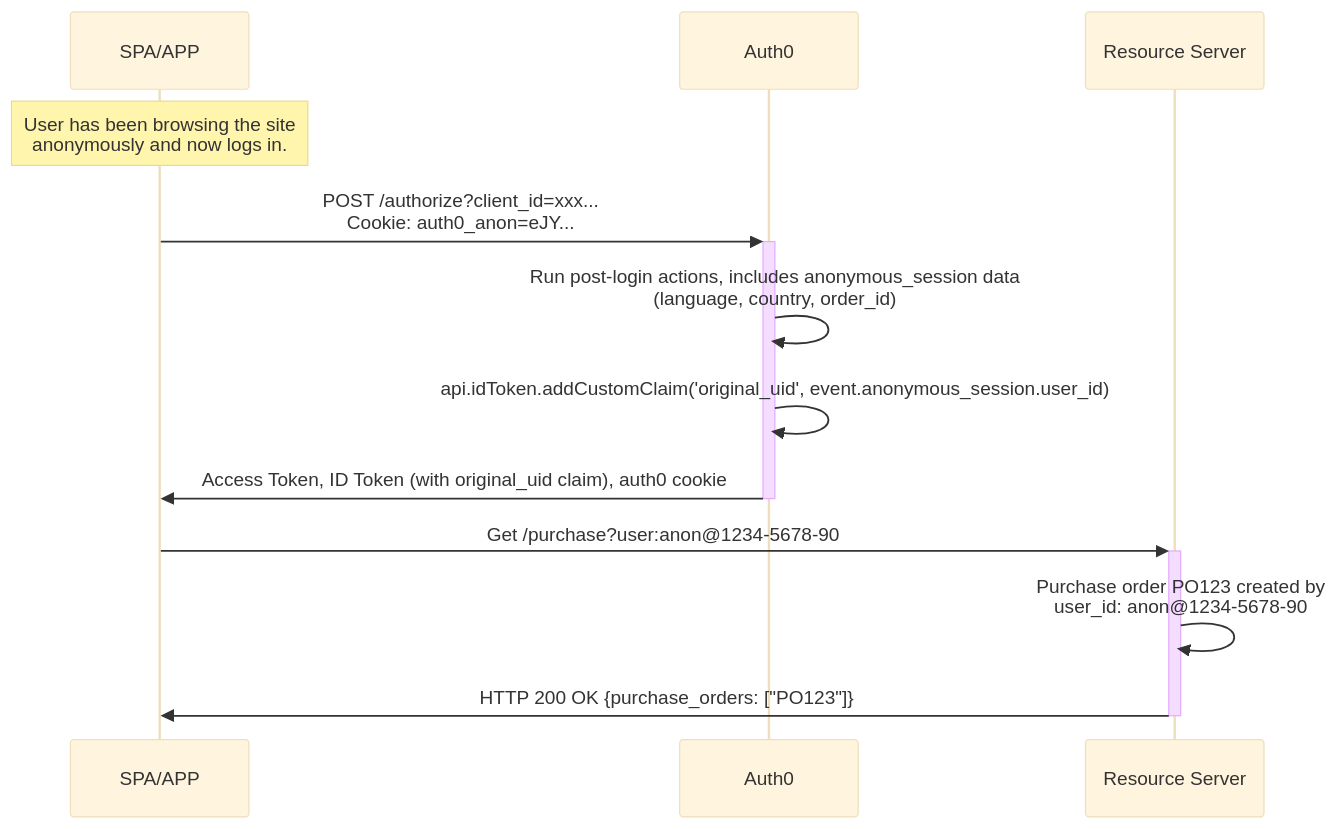
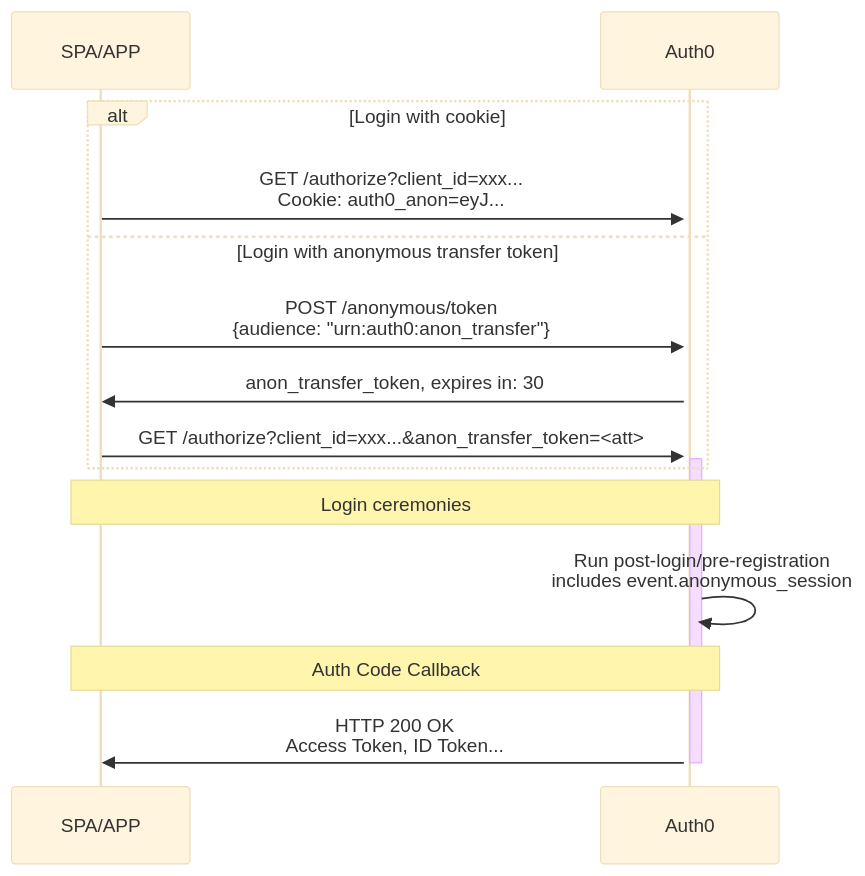
One commit to auth0/docs-v2 changed the second of 2 diagrams in main/docs/fr-ca/manage-users/sessions/anonymous-sessions.mdx. Above: the diagram before and after it, drawn with Mermaid (base theme). The commit also changed other lines of this file and 1478 other files, not shown here.

````diff
--- a/main/docs/fr-ca/manage-users/sessions/anonymous-sessions.mdx
+++ b/main/docs/fr-ca/manage-users/sessions/anonymous-sessions.mdx
@@ -92,14 +98,16 @@
 ```mermaid actions={false}
 sequenceDiagram
   participant app as SPA/APP
   participant idp as Auth0
-  participant rs as Resource Server
-  note over app: User has been browsing the site<br>anonymously and now logs in.
-  app ->>+ idp: POST /authorize?client_id=xxx... <br>Cookie: auth0_anon=eJY...
-  idp ->> idp: Run post-login actions, includes anonymous_session data<br> (language, country, order_id)
-  idp ->> idp: api.idToken.addCustomClaim('original_uid', event.anonymous_session.user_id)
-  idp ->>- app: Access Token, ID Token (with original_uid claim), auth0 cookie
-  app ->>+ rs: Get /purchase?user:anon@1234-5678-90
-  rs ->> rs: Purchase order PO123 created by <br>user_id: anon@1234-5678-90
-  rs ->>- app: HTTP 200 OK {purchase_orders: ["PO123"]}
+  alt Login with cookie
+    app ->>+ idp: GET /authorize?client_id=xxx...<br>Cookie: auth0_anon=eyJ...
+  else Login with anonymous transfer token
+    app ->> idp: POST /anonymous/token<br>{audience: "urn:auth0:anon_transfer"}
+    idp ->> app: anon_transfer_token, expires in: 30
+    app ->>+ idp: GET /authorize?client_id=xxx...&anon_transfer_token=<att>
+  end
+  note over app,idp: Login ceremonies
+  idp ->> idp: Run post-login/pre-registration<br>includes event.anonymous_session
+  note over app,idp: Auth Code Callback
+  idp ->>- app: HTTP 200 OK <br> Access Token, ID Token...
 ```
````
